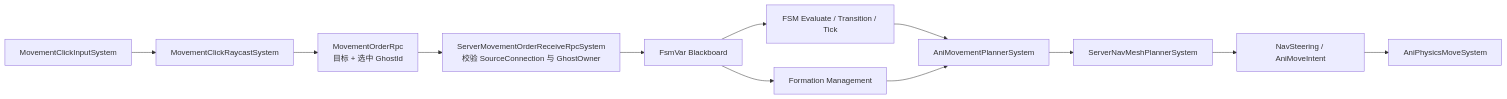
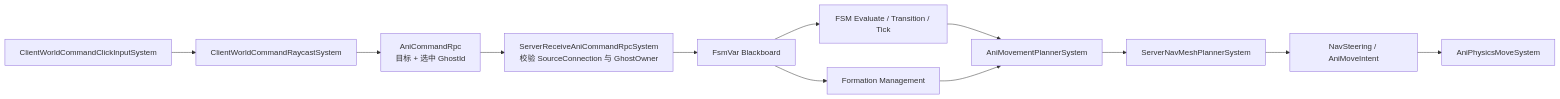
Before and after one commit to mcaswen/AnimarsCatcher: the third of 7 diagrams in docs/Architecture/05_GameplayFlows.md, drawn with Mermaid. The commit also changed other lines of this file and 391 other files, not shown here.

````diff
--- a/docs/Architecture/05_GameplayFlows.md
+++ b/docs/Architecture/05_GameplayFlows.md
@@ -67,21 +67,21 @@
 ```mermaid
 flowchart LR
-    Click[MovementClickInputSystem]
-    Ray[MovementClickRaycastSystem]
-    Rpc[MovementOrderRpc<br/>目标 + 选中 GhostId]
-    Validate[ServerMovementOrderReceiveRpcSystem<br/>校验 SourceConnection 与 GhostOwner]
+    Click[ClientWorldCommandClickInputSystem]
+    Ray[ClientWorldCommandRaycastSystem]
+    Rpc[AniCommandRpc<br/>目标 + 选中 GhostId]
+    Validate[ServerReceiveAniCommandRpcSystem<br/>校验 SourceConnection 与 GhostOwner]
     Blackboard[FsmVar Blackboard]
     Fsm[FSM Evaluate / Transition / Tick]
     Formation[Formation Management]
     Planner[AniMovementPlannerSystem]
     Nav[ServerNavMeshPlannerSystem]
     Steering[NavSteering / AniMoveIntent]
     Move[AniPhysicsMoveSystem]
 
     Click --> Ray --> Rpc --> Validate --> Blackboard
     Blackboard --> Fsm
     Blackboard --> Formation
     Fsm --> Planner
     Formation --> Planner
     Planner --> Nav --> Steering --> Move
 ```
````
